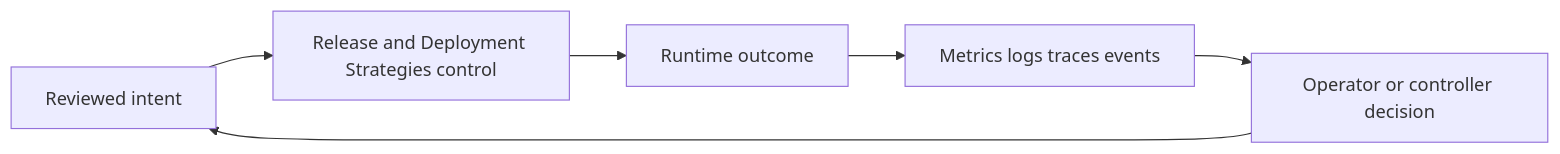
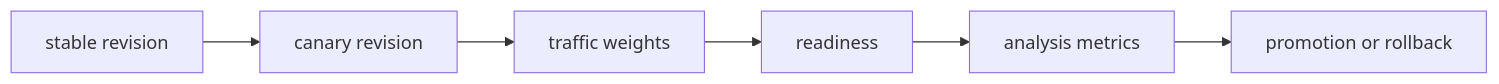
The diagram in docs/study/cicd/04-release-and-deployment-strategies.md (m1mohamad/devops-sre-prep), drawn with Mermaid before and after one commit. The commit also changed other lines of this file and 61 other files, not shown here.

Commit message:
Replace generic architecture and study templates

````diff
--- a/docs/study/cicd/04-release-and-deployment-strategies.md
+++ b/docs/study/cicd/04-release-and-deployment-strategies.md
@@ -20,8 +15,4 @@
 ```mermaid
 flowchart LR
-  Intent[Reviewed intent] --> Control[Release and Deployment Strategies control]
-  Control --> Runtime[Runtime outcome]
-  Runtime --> Signals[Metrics logs traces events]
-  Signals --> Decision[Operator or controller decision]
-  Decision --> Intent
+  N0[stable revision] --> N1[canary revision] --> N2[traffic weights] --> N3[readiness] --> N4[analysis metrics] --> N5[promotion or rollback]
 ```
````
